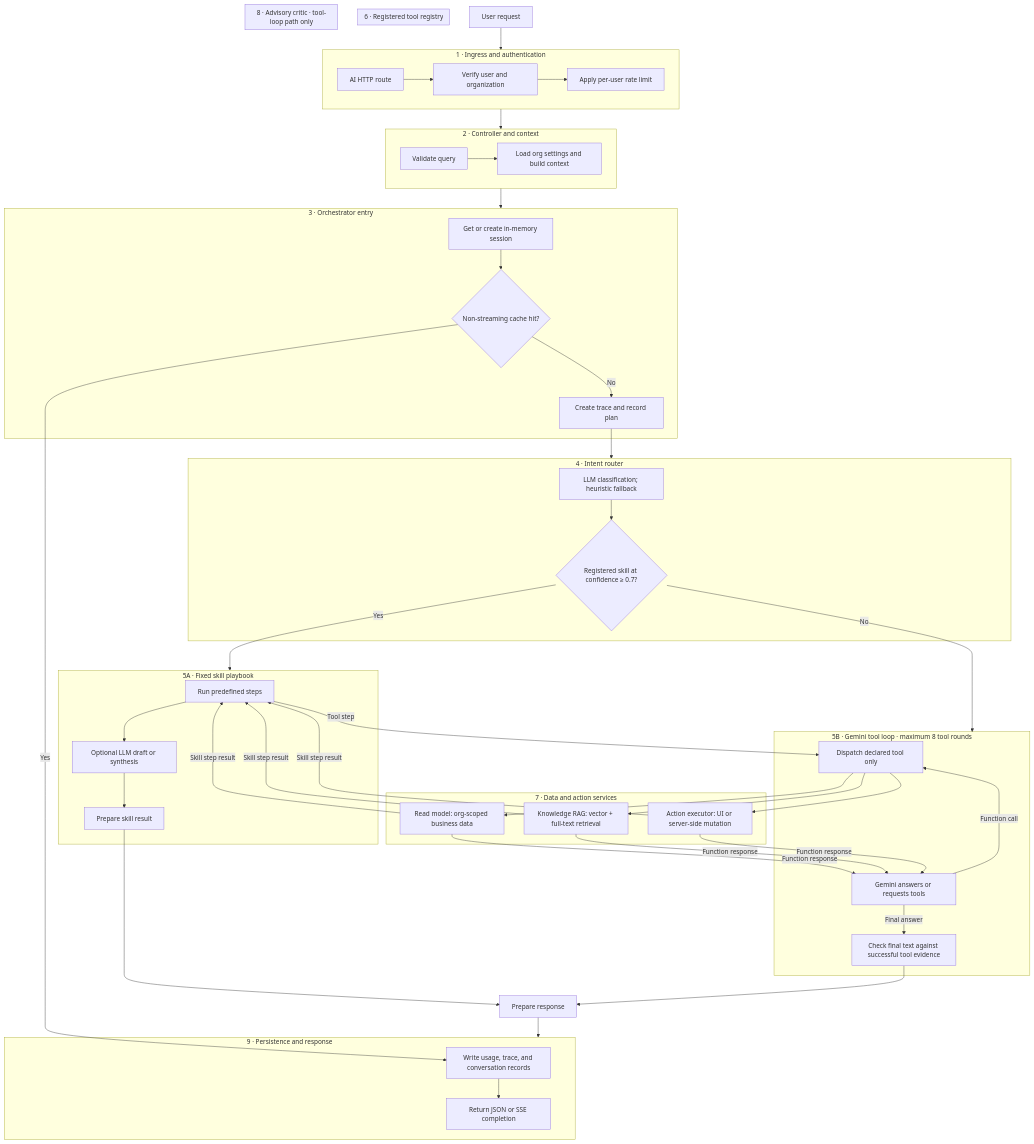
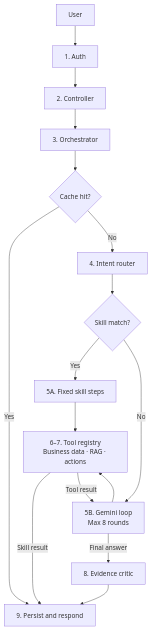
The first of 4 diagrams in docs/ai-architecture.md (amathziah/capitaedgex), drawn with Mermaid before and after one commit. The commit also changed other lines of this file and 1 other file, not shown here.

Commit message:
docs: reduce architecture diagram label overlap

````diff
--- a/docs/ai-architecture.md
+++ b/docs/ai-architecture.md
@@ -9,68 +9,18 @@
 ```mermaid
 flowchart TD
-    USER[User request] --> L1
-
-    subgraph L1["1 · Ingress and authentication"]
-        HTTP[AI HTTP route] --> AUTH[Verify user and organization]
-        AUTH --> LIMIT[Apply per-user rate limit]
-    end
-
-    L1 --> L2
-    subgraph L2["2 · Controller and context"]
-        VALIDATE[Validate query] --> CONTEXT[Load org settings and build context]
-    end
-
-    L2 --> L3
-    subgraph L3["3 · Orchestrator entry"]
-        SESSION[Get or create in-memory session] --> CACHE{Non-streaming cache hit?}
-        CACHE -->|No| TRACE[Create trace and record plan]
-    end
-    CACHE -->|Yes| PERSIST
-    TRACE --> L4
-
-    subgraph L4["4 · Intent router"]
-        CLASSIFY[LLM classification; heuristic fallback] --> ROUTE{Registered skill at confidence ≥ 0.7?}
-    end
-
-    ROUTE -->|Yes| L5A
-    ROUTE -->|No| L5B
-    subgraph L5A["5A · Fixed skill playbook"]
-        PLAN[Run predefined steps] --> SKILL_LLM[Optional LLM draft or synthesis]
-        SKILL_LLM --> SKILL_RESULT[Prepare skill result]
-    end
-    subgraph L5B["5B · Gemini tool loop · maximum 8 tool rounds"]
-        GENERATE[Gemini answers or requests tools] -->|Function call| DECLARED
-        GENERATE -->|Final answer| CRITIC
-    end
-
-    subgraph L6["6 · Registered tool registry"]
-        DECLARED[Dispatch declared tool only]
-    end
-
-    subgraph L7["7 · Data and action services"]
-        READ[Read model: org-scoped business data]
-        RAG[Knowledge RAG: vector + full-text retrieval]
-        ACTION[Action executor: UI or server-side mutation]
-    end
-    DECLARED --> READ
-    DECLARED --> RAG
-    DECLARED --> ACTION
-    READ -->|Function response| GENERATE
-    RAG -->|Function response| GENERATE
-    ACTION -->|Function response| GENERATE
-    PLAN -->|Tool step| DECLARED
-    READ -->|Skill step result| PLAN
-    RAG -->|Skill step result| PLAN
-    ACTION -->|Skill step result| PLAN
-
-    subgraph L8["8 · Advisory critic · tool-loop path only"]
-        CRITIC[Check final text against successful tool evidence]
-    end
-
-    SKILL_RESULT --> RESULT[Prepare response]
-    CRITIC --> RESULT
-    RESULT --> L9
-    subgraph L9["9 · Persistence and response"]
-        PERSIST[Write usage, trace, and conversation records] --> RETURN[Return JSON or SSE completion]
-    end
+    USER[User] --> AUTH[1. Auth]
+    AUTH --> CTRL[2. Controller]
+    CTRL --> ORCH[3. Orchestrator]
+    ORCH --> CACHE{Cache hit?}
+    CACHE -->|Yes| SAVE[9. Persist and respond]
+    CACHE -->|No| INTENT[4. Intent router]
+    INTENT --> ROUTE{Skill match?}
+    ROUTE -->|Yes| SKILL[5A. Fixed skill steps]
+    ROUTE -->|No| LOOP[5B. Gemini loop<br/>Max 8 rounds]
+    SKILL --> TOOLS[6–7. Tool registry<br/>Business data · RAG · actions]
+    LOOP --> TOOLS
+    TOOLS -->|Skill result| SAVE
+    TOOLS -->|Tool result| LOOP
+    LOOP -->|Final answer| CRITIC[8. Evidence critic]
+    CRITIC --> SAVE
 ```
````
